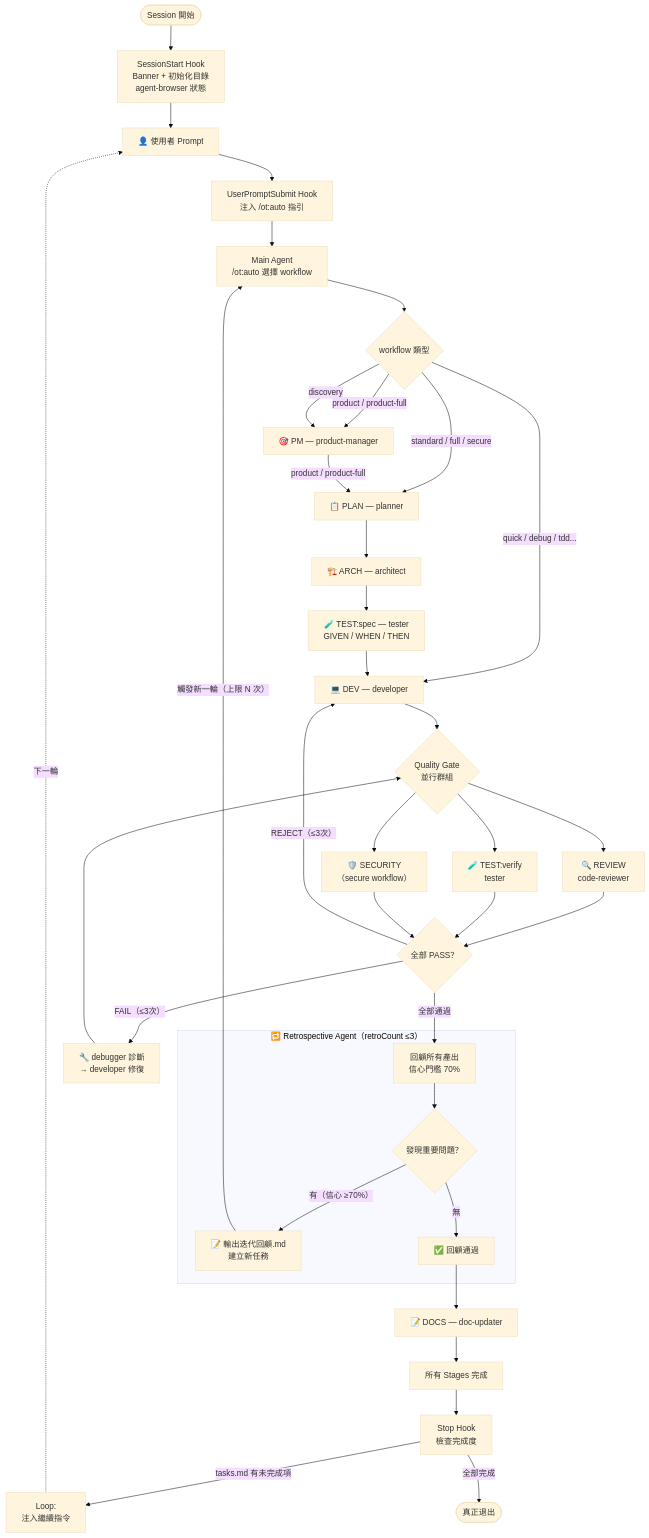
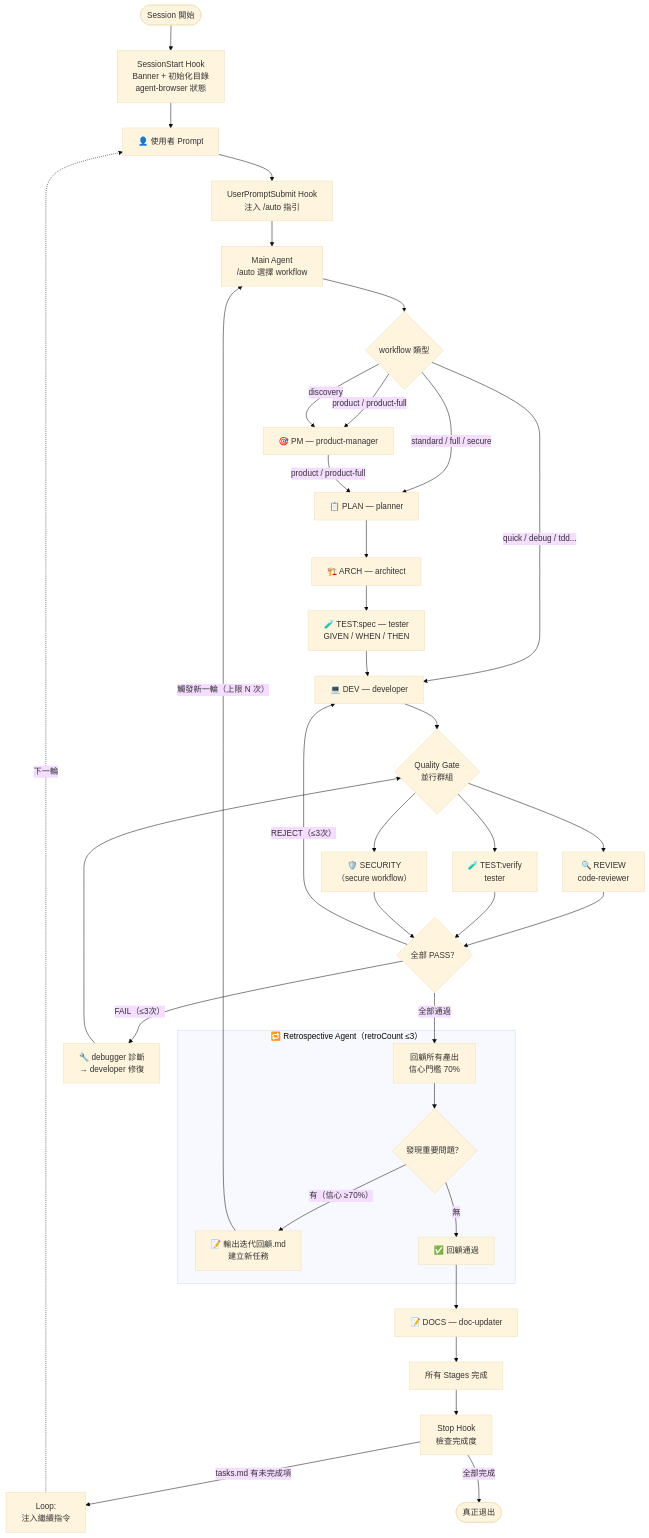
Before and after one commit to ryu111/overtone: the second of 3 diagrams in docs/spec/workflow-diagram.md, drawn with Mermaid (base theme). The commit also changed other lines of this file and 56 other files, not shown here.

````diff
--- a/docs/spec/workflow-diagram.md
+++ b/docs/spec/workflow-diagram.md
@@ -46,51 +46,51 @@
 ```mermaid
 flowchart TB
     START(["Session 開始"]) --> SS_HOOK["SessionStart Hook\nBanner + 初始化目錄\nagent-browser 狀態"]
 
     SS_HOOK --> PROMPT["👤 使用者 Prompt"]
-    PROMPT --> US_HOOK["UserPromptSubmit Hook\n注入 /ot:auto 指引"]
-    US_HOOK --> MAIN["Main Agent\n/ot:auto 選擇 workflow"]
+    PROMPT --> US_HOOK["UserPromptSubmit Hook\n注入 /auto 指引"]
+    US_HOOK --> MAIN["Main Agent\n/auto 選擇 workflow"]
 
     MAIN --> WFSEL{"workflow 類型"}
 
     WFSEL -->|"product / product-full"| PM["🎯 PM — product-manager"]
     WFSEL -->|"discovery"| PM
     WFSEL -->|"standard / full / secure"| PLAN["📋 PLAN — planner"]
     WFSEL -->|"quick / debug / tdd..."| DEV
     PM -->|"product / product-full"| PLAN
 
     PLAN --> ARCH["🏗️ ARCH — architect"]
     ARCH --> TSPEC["🧪 TEST:spec — tester\nGIVEN / WHEN / THEN"]
     TSPEC --> DEV["💻 DEV — developer"]
 
     DEV --> QG{"Quality Gate\n並行群組"}
     QG --> REV["🔍 REVIEW\ncode-reviewer"]
     QG --> TEST["🧪 TEST:verify\ntester"]
     QG --> SEC["🛡️ SECURITY\n（secure workflow）"]
 
     REV & TEST & SEC --> PASS{"全部 PASS？"}
 
     PASS -->|"FAIL（≤3次）"| DBG["🔧 debugger 診斷\n→ developer 修復"]
     DBG --> QG
 
     PASS -->|"REJECT（≤3次）"| DEV
     PASS -->|"全部通過"| RETRO
 
     subgraph RETRO_BOX["🔁 Retrospective Agent（retroCount ≤3）"]
         RETRO["回顧所有產出\n信心門檻 70%"]
         RETRO --> RCHECK{"發現重要問題？"}
         RCHECK -->|"有（信心 ≥70%）"| ROUT["📝 輸出迭代回顧.md\n建立新任務"]
         RCHECK -->|"無"| RDONE["✅ 回顧通過"]
     end
 
     ROUT -->|"觸發新一輪（上限 N 次）"| MAIN
     RDONE --> DOCS["📝 DOCS — doc-updater"]
 
     DOCS --> ALL_DONE["所有 Stages 完成"]
     ALL_DONE --> STOP_HOOK["Stop Hook\n檢查完成度"]
 
     STOP_HOOK -->|"tasks.md 有未完成項"| LOOP["Loop:\n注入繼續指令"]
     STOP_HOOK -->|"全部完成"| REAL_EXIT(["真正退出"])
 
     LOOP -.->|"下一輪"| PROMPT
 ```
````
